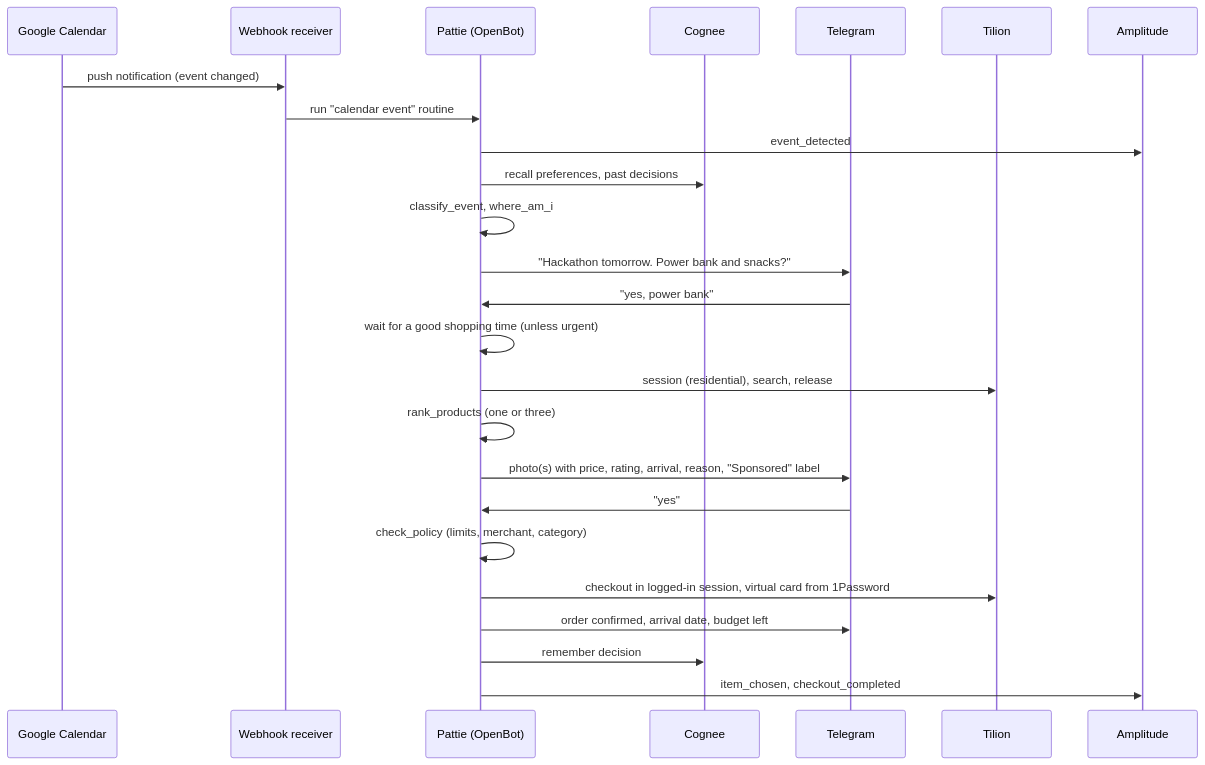
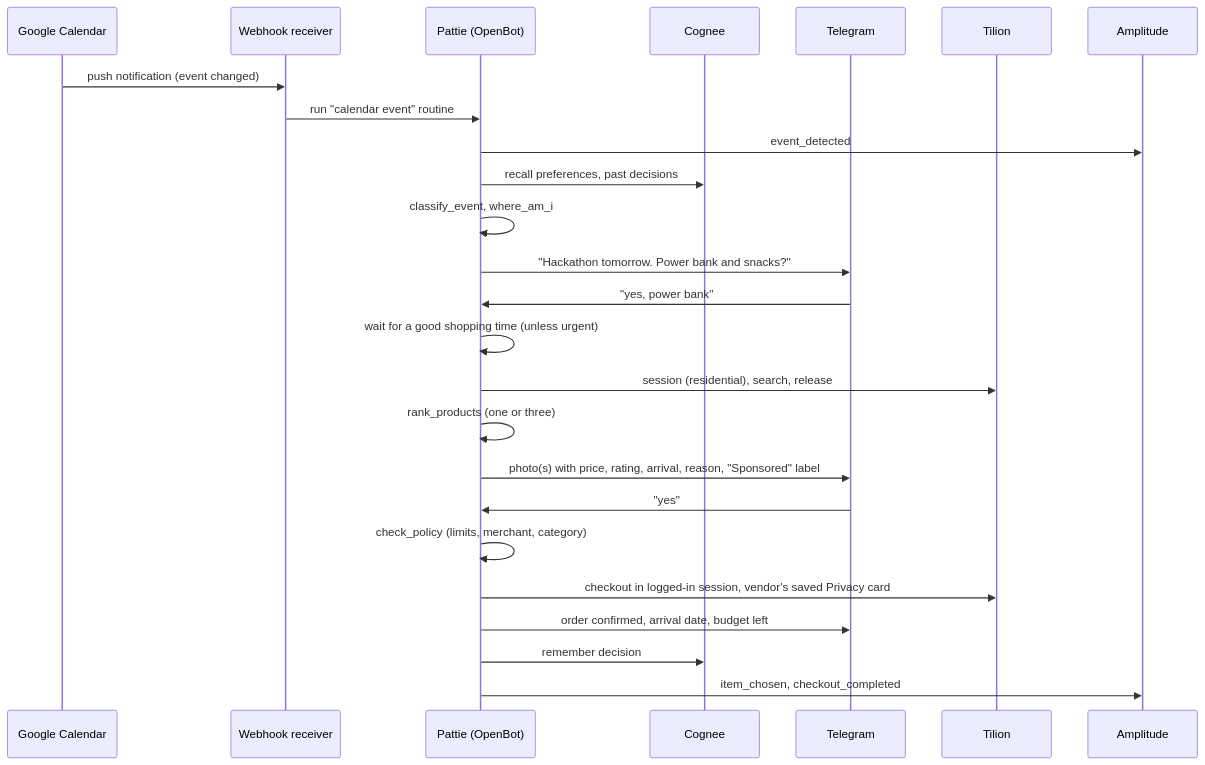
One commit to kolumba-ai/Pattie-shopping-agent changed the second of 2 diagrams in docs/ARCHITECTURE.md. Above: the diagram before and after it, drawn with Mermaid. The commit also changed other lines of this file and 8 other files, not shown here.

First line of the commit message:
Pay with Privacy.com: one merchant-locked card per vendor

````diff
--- a/docs/ARCHITECTURE.md
+++ b/docs/ARCHITECTURE.md
@@ -359,28 +360,28 @@
 ```mermaid
 sequenceDiagram
     participant GC as Google Calendar
     participant HK as Webhook receiver
     participant AG as Pattie (OpenBot)
     participant CG as Cognee
     participant TG as Telegram
     participant TL as Tilion
     participant AM as Amplitude
 
     GC->>HK: push notification (event changed)
     HK->>AG: run "calendar event" routine
     AG->>AM: event_detected
     AG->>CG: recall preferences, past decisions
     AG->>AG: classify_event, where_am_i
     AG->>TG: "Hackathon tomorrow. Power bank and snacks?"
     TG->>AG: "yes, power bank"
     AG->>AG: wait for a good shopping time (unless urgent)
     AG->>TL: session (residential), search, release
     AG->>AG: rank_products (one or three)
     AG->>TG: photo(s) with price, rating, arrival, reason, "Sponsored" label
     TG->>AG: "yes"
     AG->>AG: check_policy (limits, merchant, category)
-    AG->>TL: checkout in logged-in session, virtual card from 1Password
+    AG->>TL: checkout in logged-in session, vendor's saved Privacy card
     AG->>TG: order confirmed, arrival date, budget left
     AG->>CG: remember decision
     AG->>AM: item_chosen, checkout_completed
 ```
````
